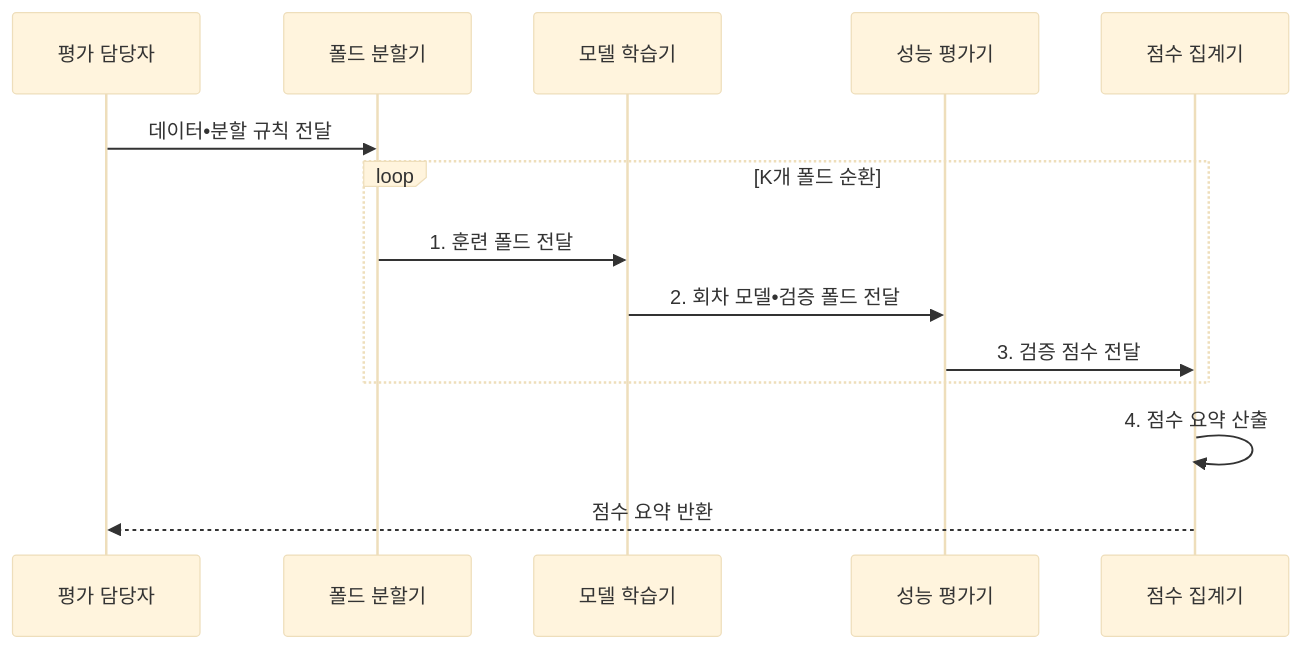
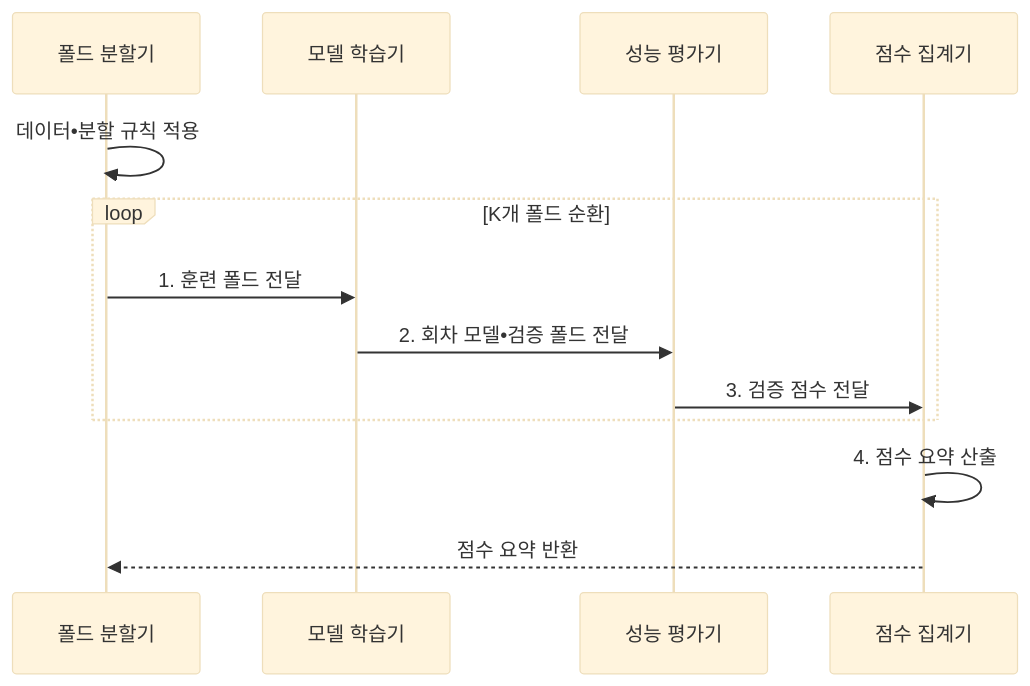
The second of 2 diagrams in src/content/docs/notes/01-basic-theory/038_k_fold_cv.md (agnusdei1207/knowledge-base), drawn with Mermaid (base theme) before and after one commit. The commit also changed 4 other files, not shown here.

Commit message:
Simplify statistical learning flows

````diff
--- a/src/content/docs/notes/01-basic-theory/038_k_fold_cv.md
+++ b/src/content/docs/notes/01-basic-theory/038_k_fold_cv.md
@@ -92,16 +92,15 @@
 ```mermaid
 sequenceDiagram
-    participant Q as 평가 담당자
     participant S as 폴드 분할기
     participant M as 모델 학습기
     participant E as 성능 평가기
     participant G as 점수 집계기
-    Q->>S: 데이터•분할 규칙 전달
+    S->>S: 데이터•분할 규칙 적용
     loop K개 폴드 순환
         S->>M: 1. 훈련 폴드 전달
         M->>E: 2. 회차 모델•검증 폴드 전달
         E->>G: 3. 검증 점수 전달
     end
     G->>G: 4. 점수 요약 산출
-    G-->>Q: 점수 요약 반환
+    G-->>S: 점수 요약 반환
 ```
````
